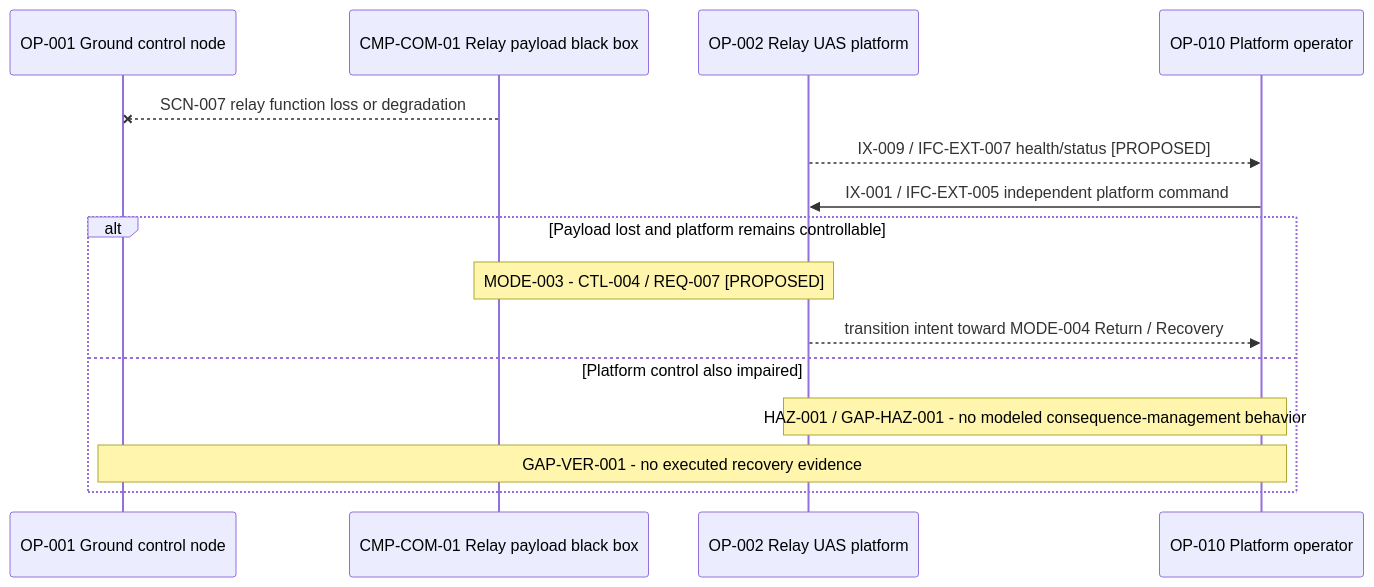
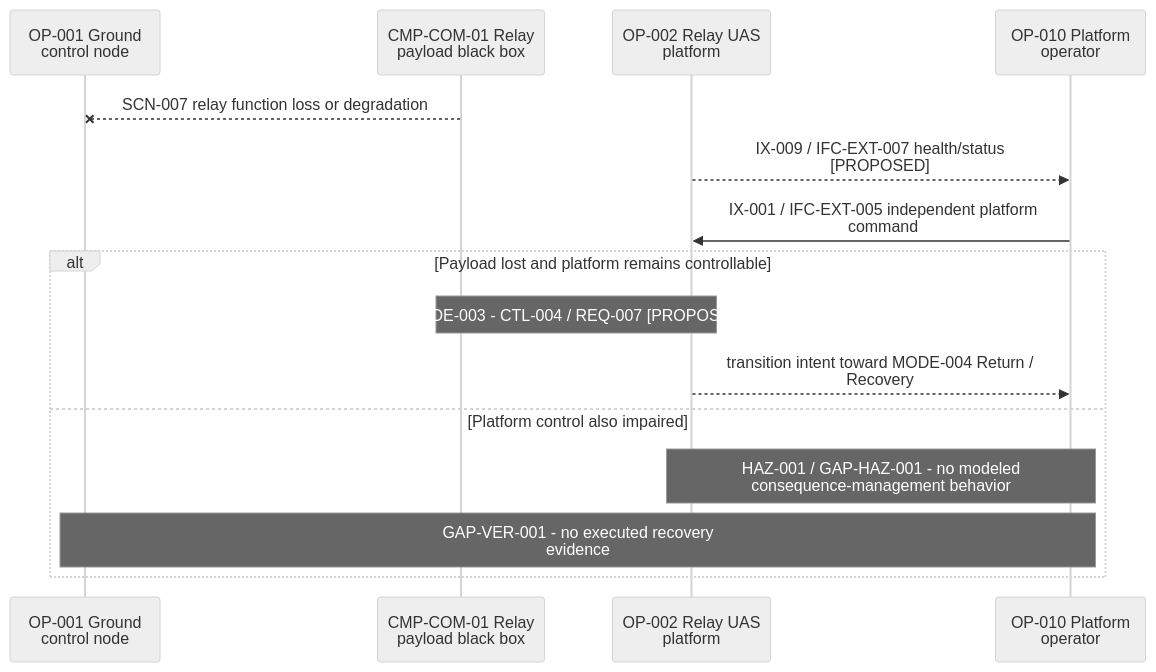
One commit to noahstephenson/low-cost-relay-uas changed diagram 11 of 15 in docs/reference/architecture-atlas.md. Above: the diagram before and after it, drawn with Mermaid. The commit also changed other lines of this file and 22 other files, not shown here.

Commit message:
Teach the relay UAS architecture through a guided reading path and readable views

````diff
--- a/docs/reference/architecture-atlas.md
+++ b/docs/reference/architecture-atlas.md
@@ -295,18 +456,19 @@
 ```mermaid
+%%{init: {"theme": "neutral"}}%%
 sequenceDiagram
     %% Configuration scope: CFG-REP / CFG-DOM
-    participant Ground as OP-001 Ground control node
-    participant Payload as CMP-COM-01 Relay payload black box
-    participant Relay as OP-002 Relay UAS platform
-    participant Operator as OP-010 Platform operator
+    participant Ground as OP-001 Ground<br/>control node
+    participant Payload as CMP-COM-01 Relay<br/>payload black box
+    participant Relay as OP-002 Relay UAS<br/>platform
+    participant Operator as OP-010 Platform<br/>operator
     Payload--xGround: SCN-007 relay function loss or degradation
-    Relay-->>Operator: IX-009 / IFC-EXT-007 health/status [PROPOSED]
-    Operator->>Relay: IX-001 / IFC-EXT-005 independent platform command
+    Relay-->>Operator: IX-009 / IFC-EXT-007 health/status<br/>[PROPOSED]
+    Operator->>Relay: IX-001 / IFC-EXT-005 independent platform<br/>command
     alt Payload lost and platform remains controllable
         Note over Payload,Relay: MODE-003 - CTL-004 / REQ-007 [PROPOSED]
-        Relay-->>Operator: transition intent toward MODE-004 Return / Recovery
+        Relay-->>Operator: transition intent toward MODE-004 Return /<br/>Recovery
     else Platform control also impaired
-        Note over Relay,Operator: HAZ-001 / GAP-HAZ-001 - no modeled consequence-management behavior
-        Note over Ground,Operator: GAP-VER-001 - no executed recovery evidence
+        Note over Relay,Operator: HAZ-001 / GAP-HAZ-001 - no modeled<br/>consequence-management behavior
+        Note over Ground,Operator: GAP-VER-001 - no executed recovery<br/>evidence
     end
 ```
````
